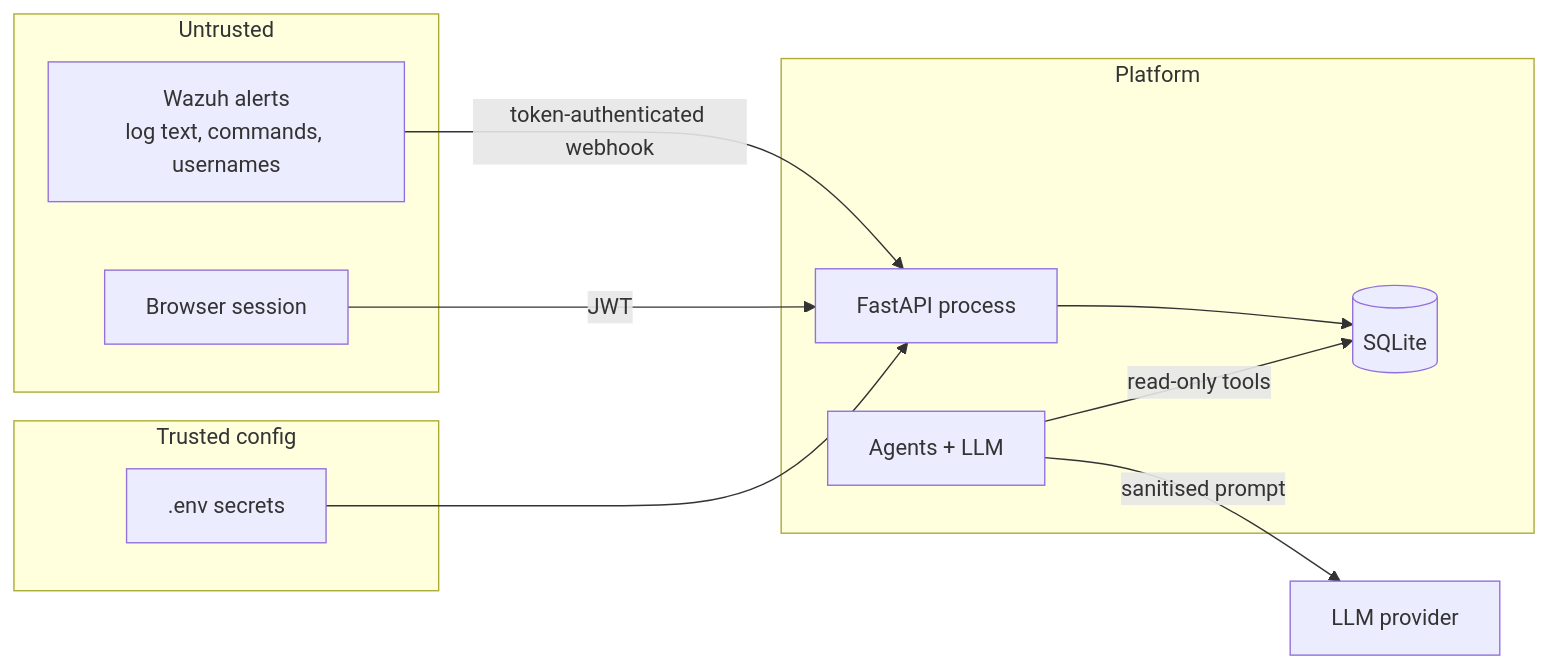
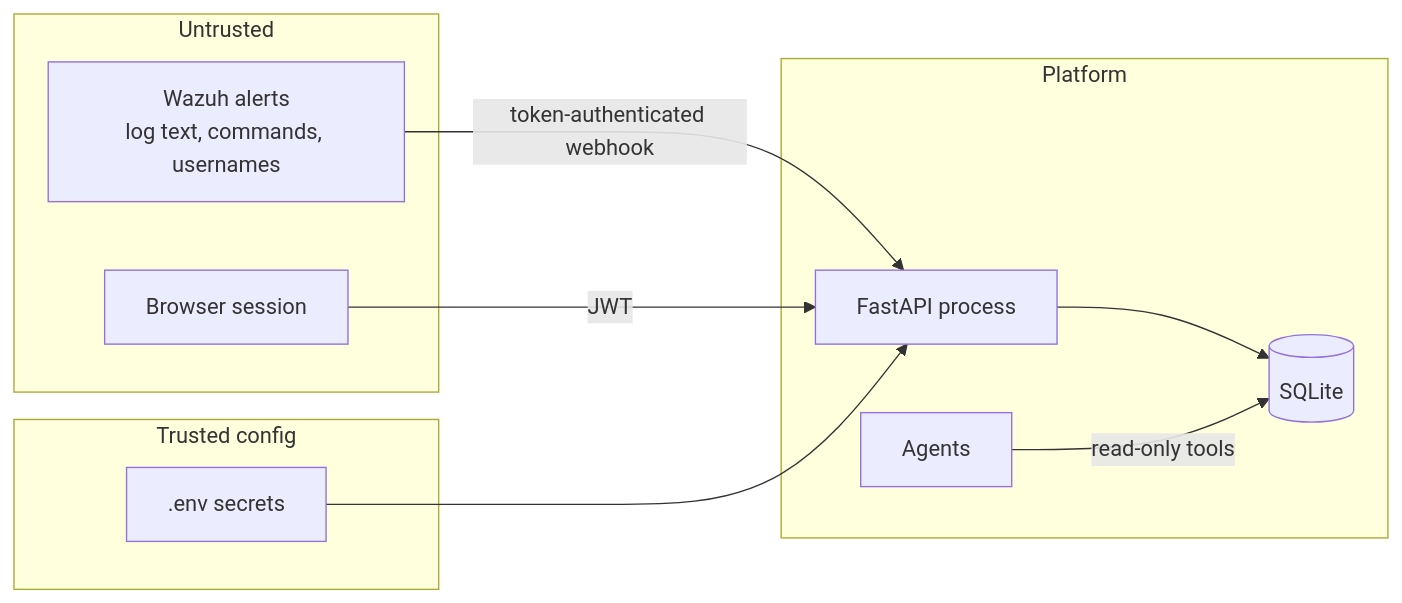
One commit to BIazor/SIEM-Dashboard changed the diagram in docs/security-model.md. Above: the diagram before and after it, drawn with Mermaid. The commit also changed other lines of this file and 33 other files, not shown here.

````diff
--- a/docs/security-model.md
+++ b/docs/security-model.md
@@ -5,22 +5,21 @@
 ```mermaid
 flowchart LR
     subgraph Untrusted
         A[Wazuh alerts<br/>log text, commands, usernames]
         B[Browser session]
     end
     subgraph Platform
         API[FastAPI process]
         DB[(SQLite)]
-        AG[Agents + LLM]
+        AG[Agents]
     end
     subgraph Trusted config
         ENV[.env secrets]
     end
 
     A -->|token-authenticated webhook| API
     B -->|JWT| API
     API --> DB
     AG -->|read-only tools| DB
-    AG -->|sanitised prompt| LLM[LLM provider]
     ENV --> API
 ```
````
